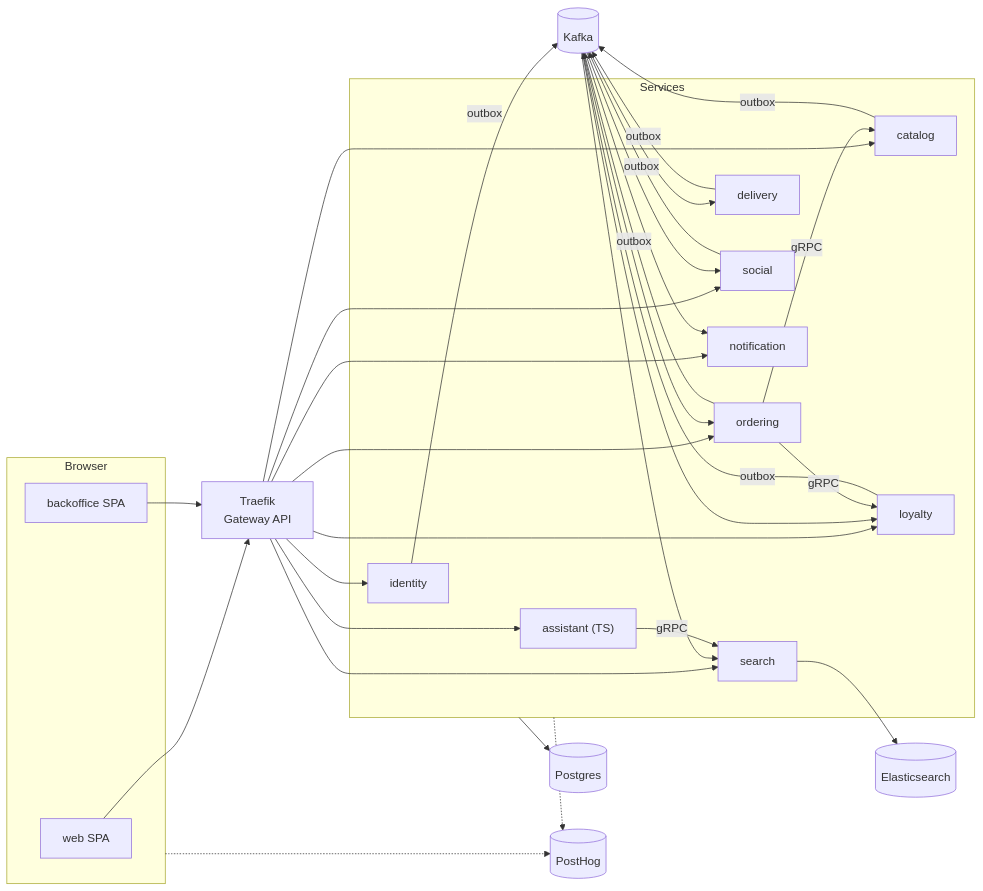
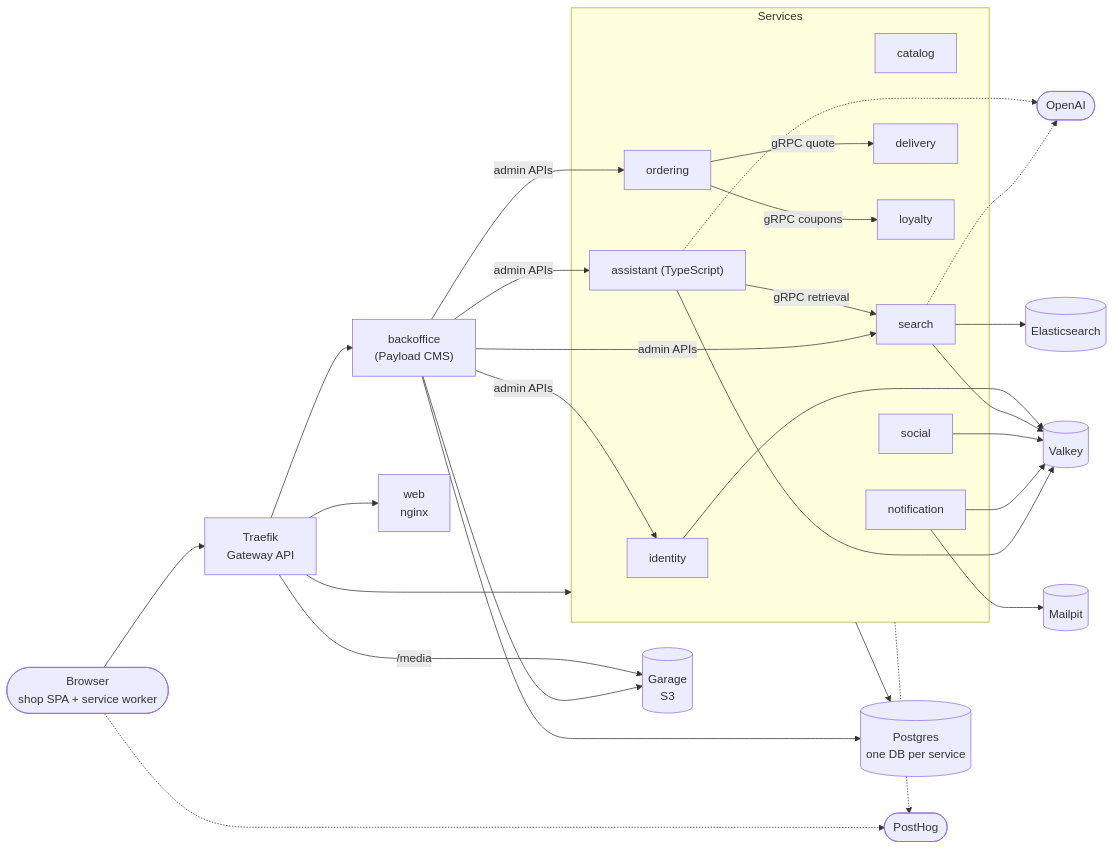
The diagram in README.md (slashncode/nothingeats), drawn with Mermaid before and after one commit. The commit also changed other lines of this file, not shown here.

First line of the commit message:
docs: the architecture as built

````diff
--- a/README.md
+++ b/README.md
@@ -13,38 +23,36 @@
 ```mermaid
 flowchart LR
-    subgraph Browser
-        web[web SPA]
-        bo[backoffice SPA]
-    end
+    browser([Browser<br/>shop SPA + service worker])
+    gw[Traefik<br/>Gateway API]
+    browser --> gw
 
-    gw[Traefik<br/>Gateway API]
-    web --> gw
-    bo --> gw
-
-    subgraph Services
+    subgraph services [Services]
         identity[identity]
         catalog[catalog]
         search[search]
         ordering[ordering]
         delivery[delivery]
         loyalty[loyalty]
         social[social]
         notification[notification]
-        assistant["assistant (TS)"]
+        assistant["assistant (TypeScript)"]
     end
+    backoffice["backoffice<br/>(Payload CMS)"]
 
-    gw --> identity & catalog & search & ordering & loyalty & social & notification & assistant
+    gw --> web[web<br/>nginx] & services & backoffice
+    gw -- /media --> garage[(Garage<br/>S3)]
 
-    kafka[(Kafka)]
-    catalog & ordering & delivery & loyalty & social & identity -- outbox --> kafka
-    kafka --> search & ordering & delivery & loyalty & social & notification
+    ordering -- gRPC quote --> delivery
+    ordering -- gRPC coupons --> loyalty
+    assistant -- gRPC retrieval --> search
+    backoffice -- admin APIs --> identity & ordering & assistant & search
+    backoffice --> garage
 
-    ordering -- gRPC --> catalog
-    ordering -- gRPC --> loyalty
-    assistant -- gRPC --> search
-
+    services & backoffice --> pg[(Postgres<br/>one DB per service)]
     search --> es[(Elasticsearch)]
-    Services --> pg[(Postgres)]
-    Services -.-> posthog[(PostHog)]
-    Browser -.-> posthog
+    identity & search & social & notification & assistant --> valkey[(Valkey)]
+    notification --> mail[(Mailpit)]
+    assistant & search -.-> openai([OpenAI])
+    services -.-> posthog([PostHog])
+    browser -.-> posthog
 ```
````
